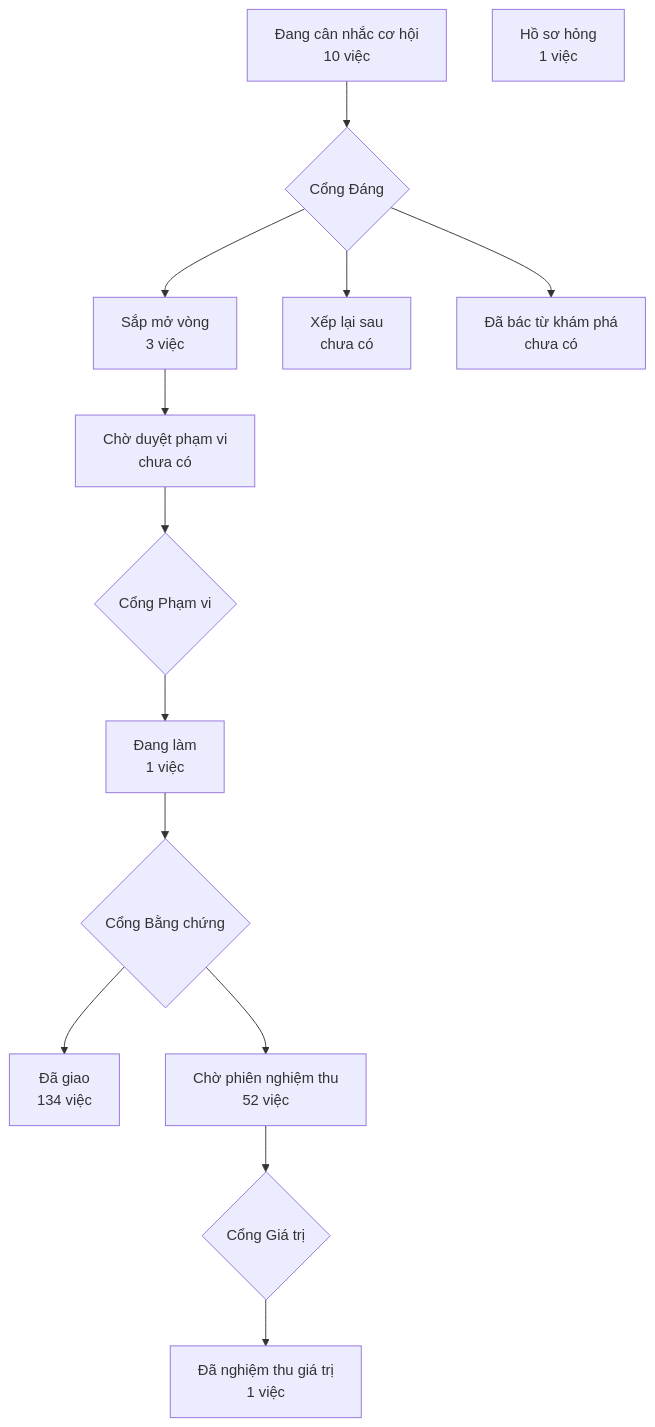
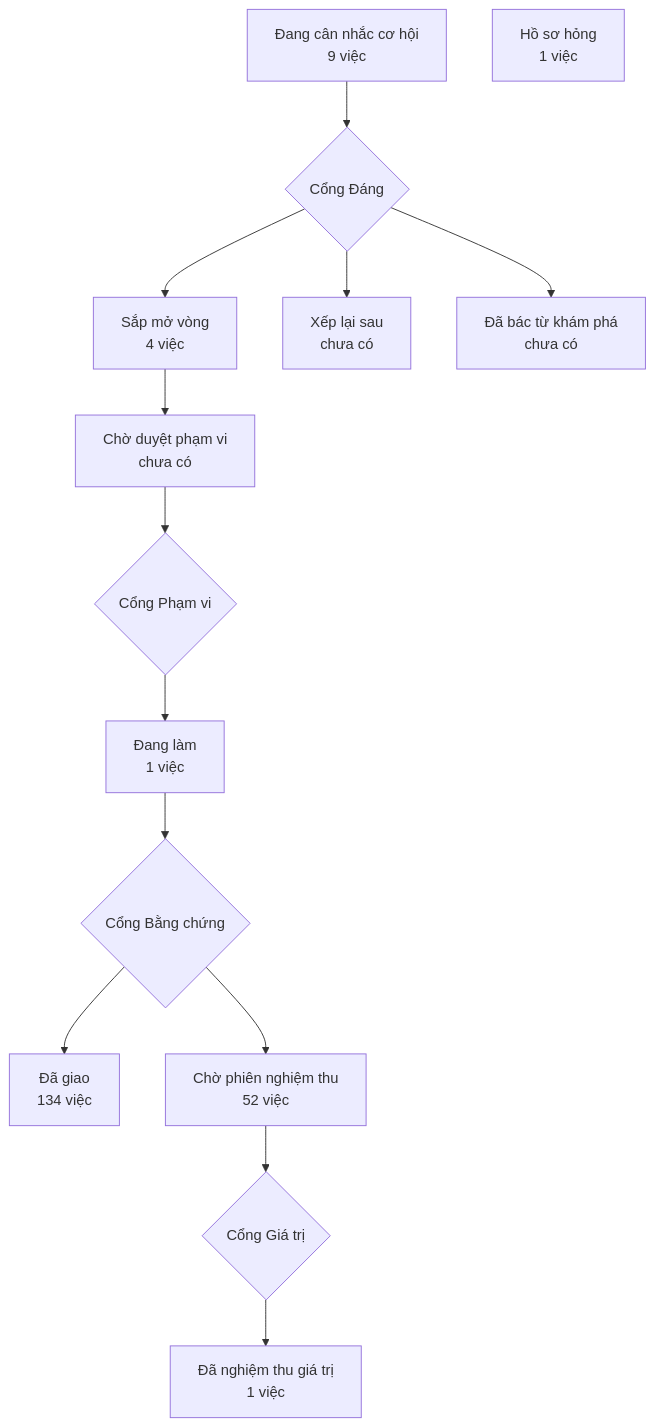
Before and after one commit to phanlemanh/crm-onehub: the diagram in PRODUCT-MAP.md, drawn with Mermaid. The commit also changed 1 other file, not shown here.

Commit message:
Cổng Đáng: trang-lo-trinh-trong-crm — build, Manh Phan
Ngưỡng đo ở trưởng phòng ban thay ngưỡng của hàng LT1; «nhóm» là luồng
việc như tệp kế hoạch đang ghi. Vòng chưa chạy: chờ xếp đợt, kit 2.27, #313.

````diff
--- a/PRODUCT-MAP.md
+++ b/PRODUCT-MAP.md
@@ -7,13 +7,13 @@
 ```mermaid
 flowchart TD
-  A["Đang cân nhắc cơ hội<br/>10 việc"] --> GD{"Cổng Đáng"}
-  GD --> B["Sắp mở vòng<br/>3 việc"]
+  A["Đang cân nhắc cơ hội<br/>9 việc"] --> GD{"Cổng Đáng"}
+  GD --> B["Sắp mở vòng<br/>4 việc"]
   GD --> XL["Xếp lại sau<br/>chưa có"]
   GD --> DB["Đã bác từ khám phá<br/>chưa có"]
   B --> CD["Chờ duyệt phạm vi<br/>chưa có"] --> GP{"Cổng Phạm vi"}
   GP --> DL["Đang làm<br/>1 việc"] --> GB{"Cổng Bằng chứng"}
   GB --> DG["Đã giao<br/>134 việc"]
   GB --> CN["Chờ phiên nghiệm thu<br/>52 việc"] --> GG{"Cổng Giá trị"}
   GG --> NT["Đã nghiệm thu giá trị<br/>1 việc"]
   HS["Hồ sơ hỏng<br/>1 việc"]
 ```
````
